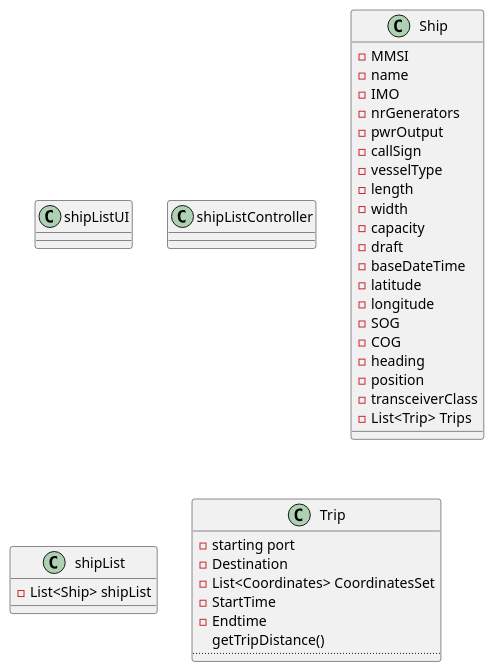
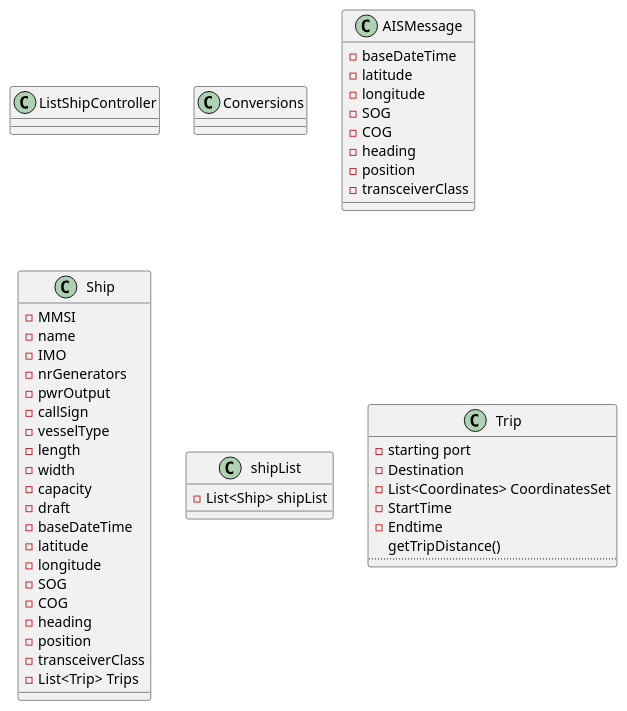
Before and after one commit to mpoboas/lapr3-2021-g102: the diagram in docs/Sprint1/US106/CD.puml, drawn with PlantUML. The commit also changed 5 other files, not shown here.

```diff
--- a/docs/Sprint1/US106/CD.puml
+++ b/docs/Sprint1/US106/CD.puml
@@ -1,40 +1,50 @@
 @startuml
-class shipListUI
-class shipListController
+class ListShipController
+class Conversions
+class AISMessage{
+-baseDateTime
+-latitude
+-longitude
+-SOG
+-COG
+-heading
+-position
+-transceiverClass
+}
 class Ship {
 -MMSI
 -name
 -IMO
 -nrGenerators
 -pwrOutput
 -callSign
 -vesselType
 -length
 -width
 -capacity
 -draft
 -baseDateTime
 -latitude
 -longitude
 -SOG
 -COG
 -heading
 -position
 -transceiverClass
 -List<Trip> Trips
 }
 class shipList{
 -List<Ship> shipList
 }
 
 
 class Trip{
 -starting port
 -Destination
 -List<Coordinates> CoordinatesSet
 -StartTime
 -Endtime
 getTripDistance()
 ....
 }
 @enduml
```
